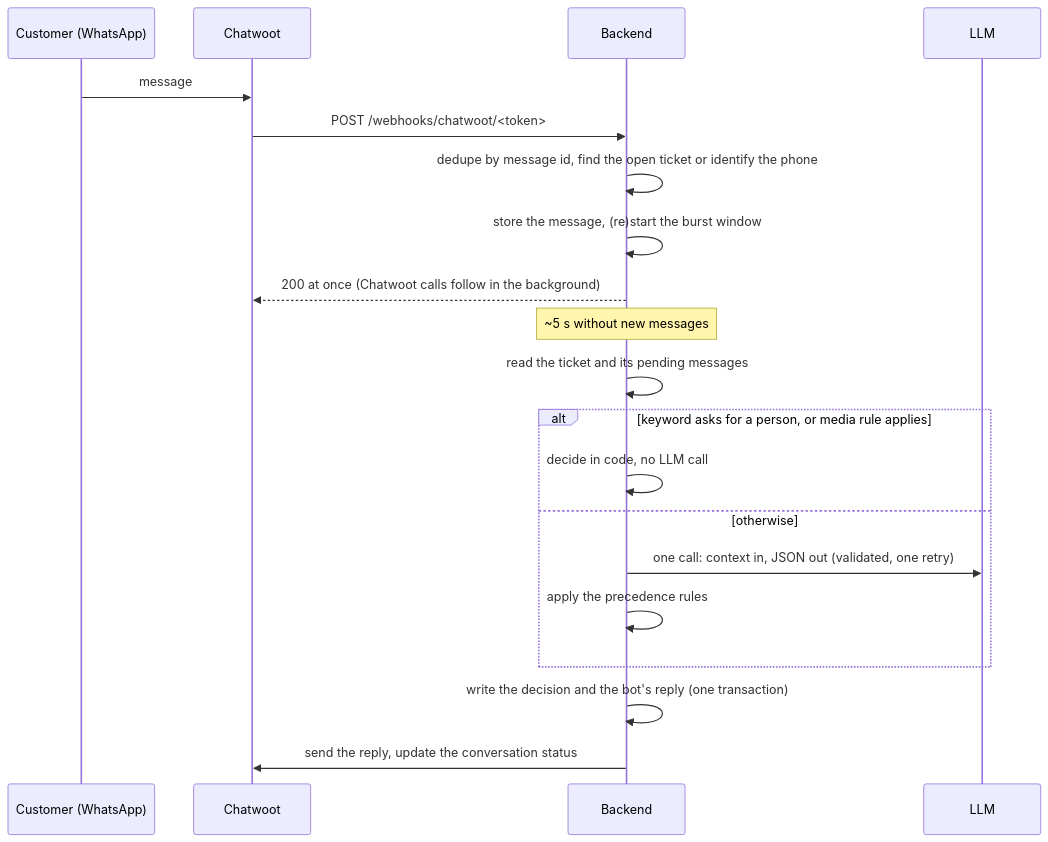
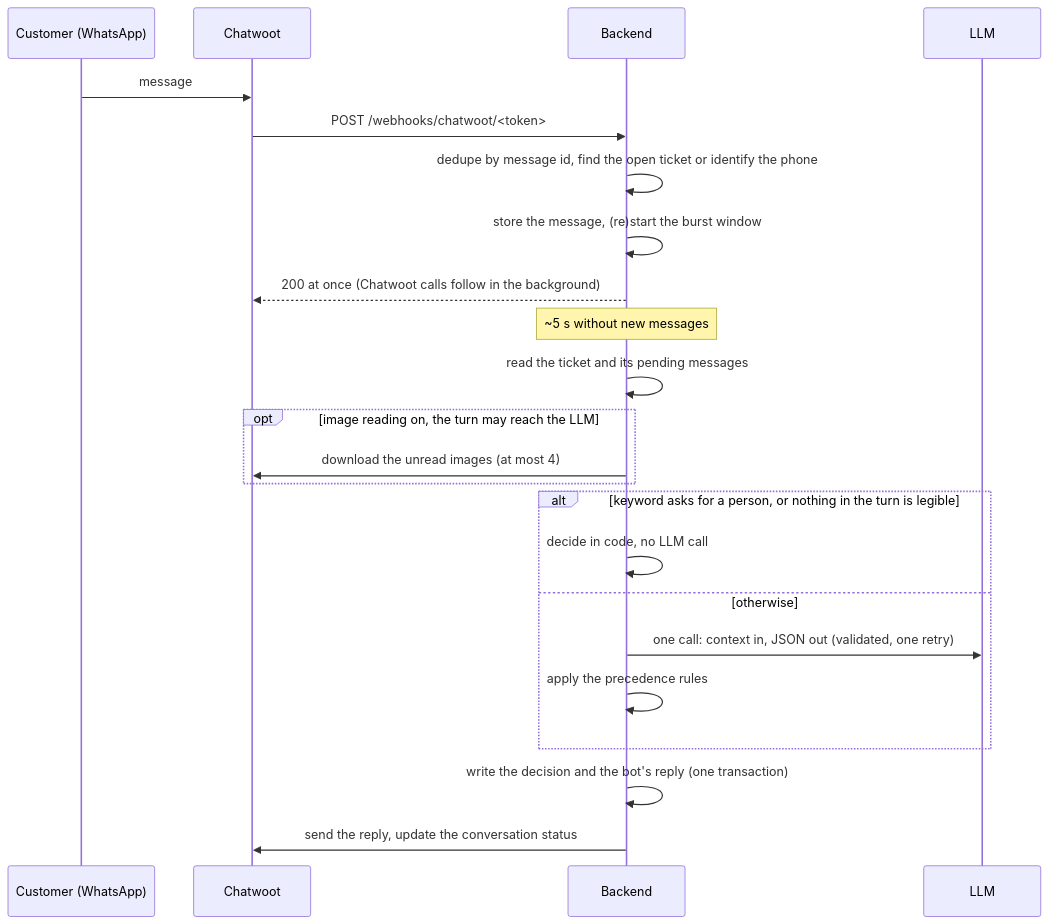
Before and after one commit to cauedev30/chatbot-atendimento-geniai: the second of 2 diagrams in docs/architecture.md, drawn with Mermaid. The commit also changed other lines of this file and 1 other file, not shown here.

Commit message:
docs: describe how the bot reads images and names what it cannot open

````diff
--- a/docs/architecture.md
+++ b/docs/architecture.md
@@ -56,22 +60,25 @@
 ```mermaid
 sequenceDiagram
     participant C as Customer (WhatsApp)
     participant CW as Chatwoot
     participant B as Backend
     participant L as LLM
     C->>CW: message
     CW->>B: POST /webhooks/chatwoot/<token>
     B->>B: dedupe by message id, find the open ticket or identify the phone
     B->>B: store the message, (re)start the burst window
     B-->>CW: 200 at once (Chatwoot calls follow in the background)
     Note over B: ~5 s without new messages
     B->>B: read the ticket and its pending messages
-    alt keyword asks for a person, or media rule applies
+    opt image reading on, the turn may reach the LLM
+        B->>CW: download the unread images (at most 4)
+    end
+    alt keyword asks for a person, or nothing in the turn is legible
         B->>B: decide in code, no LLM call
     else otherwise
         B->>L: one call: context in, JSON out (validated, one retry)
         B->>B: apply the precedence rules
     end
     B->>B: write the decision and the bot's reply (one transaction)
     B->>CW: send the reply, update the conversation status
 ```
````
